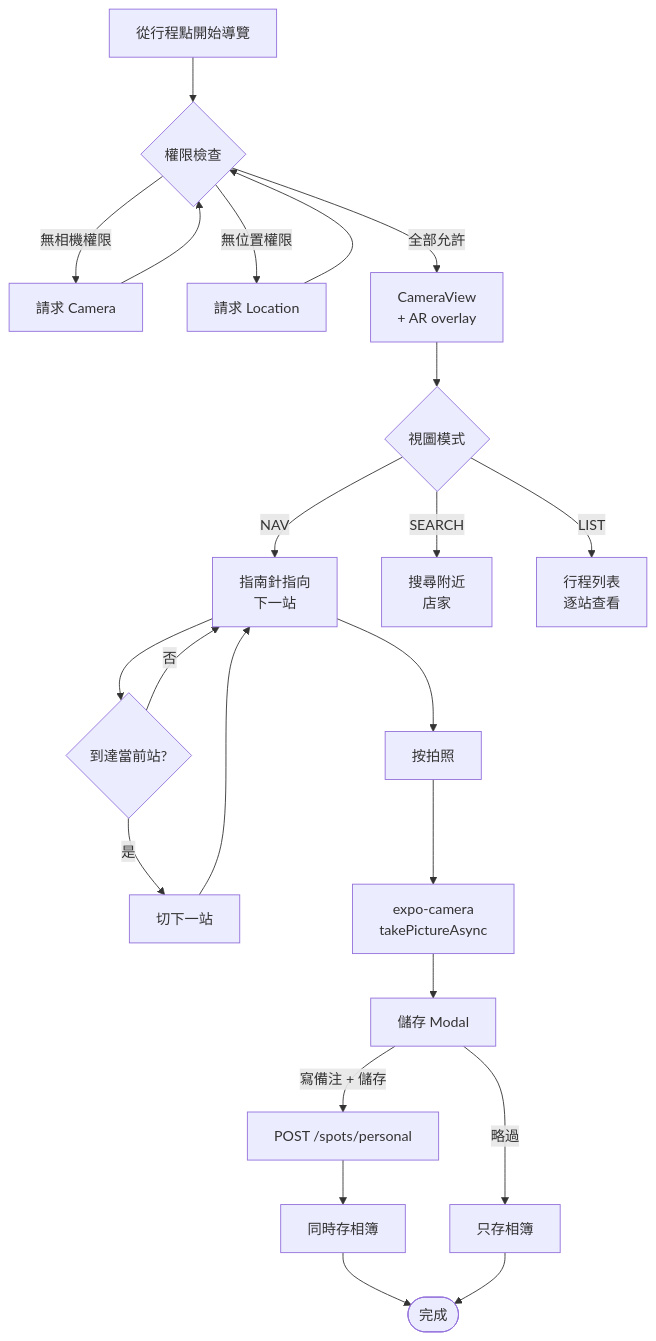
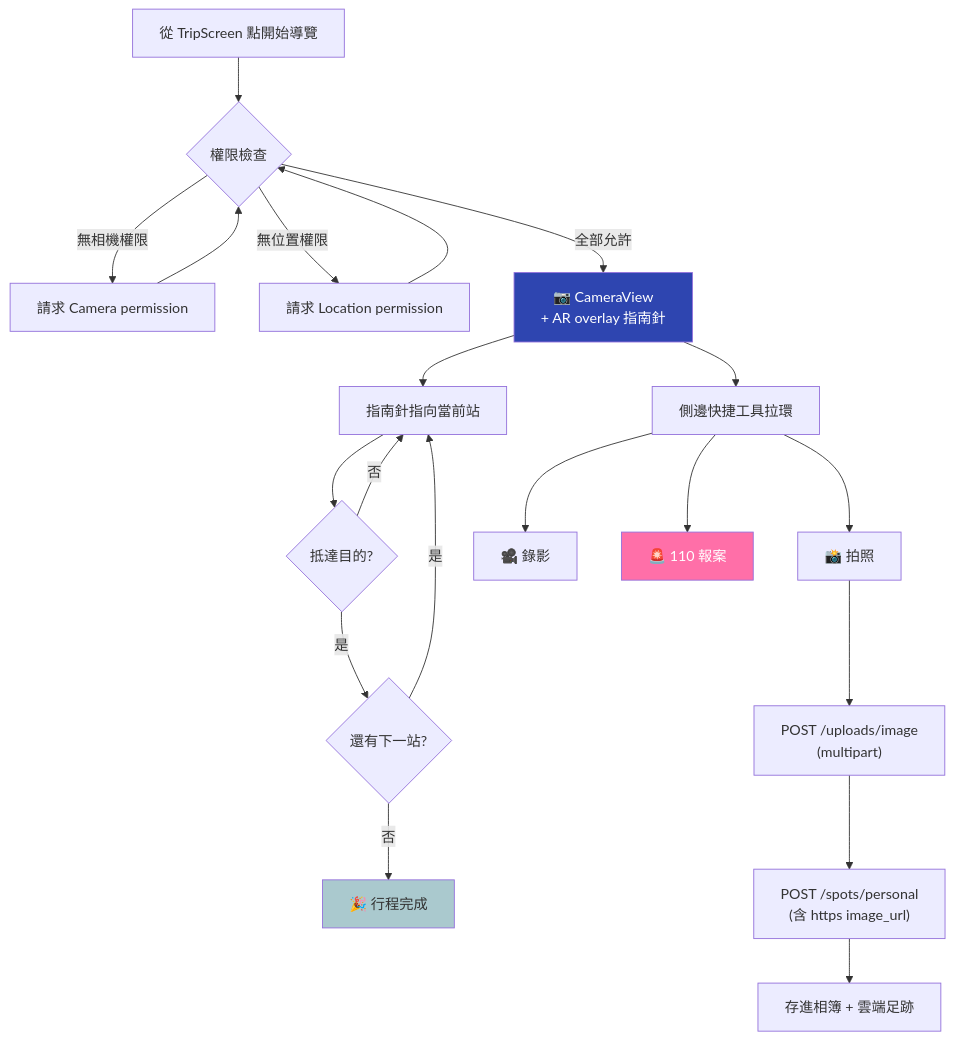
The sixth of 11 diagrams in FLOW.md (starsky58uu/vibetrip), drawn with Mermaid before and after one commit. The commit also changed other lines of this file and 1 other file, not shown here.

Commit message:
改架構圖

````diff
--- a/FLOW.md
+++ b/FLOW.md
@@ -190,31 +191,29 @@
 ```mermaid
 graph TD
-    Enter[從行程點開始導覽] --> CheckPerm{權限檢查}
-    CheckPerm -->|無相機權限| AskCam[請求 Camera]
-    CheckPerm -->|無位置權限| AskLoc[請求 Location]
+    Enter[從 TripScreen 點開始導覽] --> CheckPerm{權限檢查}
+    CheckPerm -->|無相機權限| AskCam[請求 Camera permission]
+    CheckPerm -->|無位置權限| AskLoc[請求 Location permission]
     AskCam --> CheckPerm
     AskLoc --> CheckPerm
-    CheckPerm -->|全部允許| ShowCamera[CameraView<br/>+ AR overlay]
+    CheckPerm -->|全部允許| ShowCamera["📷 CameraView<br/>+ AR overlay 指南針"]
 
-    ShowCamera --> StateA{視圖模式}
+    ShowCamera --> Compass[指南針指向當前站]
+    Compass --> Arrive{抵達目的?}
+    Arrive -->|否| Compass
+    Arrive -->|是| NextStop{還有下一站?}
+    NextStop -->|是| Compass
+    NextStop -->|否| Complete[🎉 行程完成]
 
-    StateA -->|NAV| Compass[指南針指向<br/>下一站]
-    StateA -->|SEARCH| SearchBar[搜尋附近<br/>店家]
-    StateA -->|LIST| TripList[行程列表<br/>逐站查看]
+    ShowCamera --> QuickTools[側邊快捷工具拉環]
+    QuickTools --> Photo[📸 拍照]
+    QuickTools --> Video[🎥 錄影]
+    QuickTools --> Emergency[🚨 110 報案]
 
-    Compass --> Arrive{到達當前站?}
-    Arrive -->|否| Compass
-    Arrive -->|是| NextStop[切下一站]
-    NextStop --> Compass
+    Photo --> Upload["POST /uploads/image<br/>(multipart)"]
+    Upload --> SaveSpot["POST /spots/personal<br/>(含 https image_url)"]
+    SaveSpot --> Done[存進相簿 + 雲端足跡]
 
-    Compass --> TakePhoto[按拍照]
-    TakePhoto --> Capture[expo-camera<br/>takePictureAsync]
-    Capture --> SaveModal[儲存 Modal]
-
-    SaveModal -->|寫備注 + 儲存| UploadSpot[POST /spots/personal]
-    SaveModal -->|略過| ToLib[只存相簿]
-
-    UploadSpot --> SaveLib[同時存相簿]
-    SaveLib --> Done([完成])
-    ToLib --> Done
+    style ShowCamera fill:#2E45B0,color:#fff
+    style Complete fill:#AAC9CE
+    style Emergency fill:#FF6FA8,color:#fff
 ```
````
